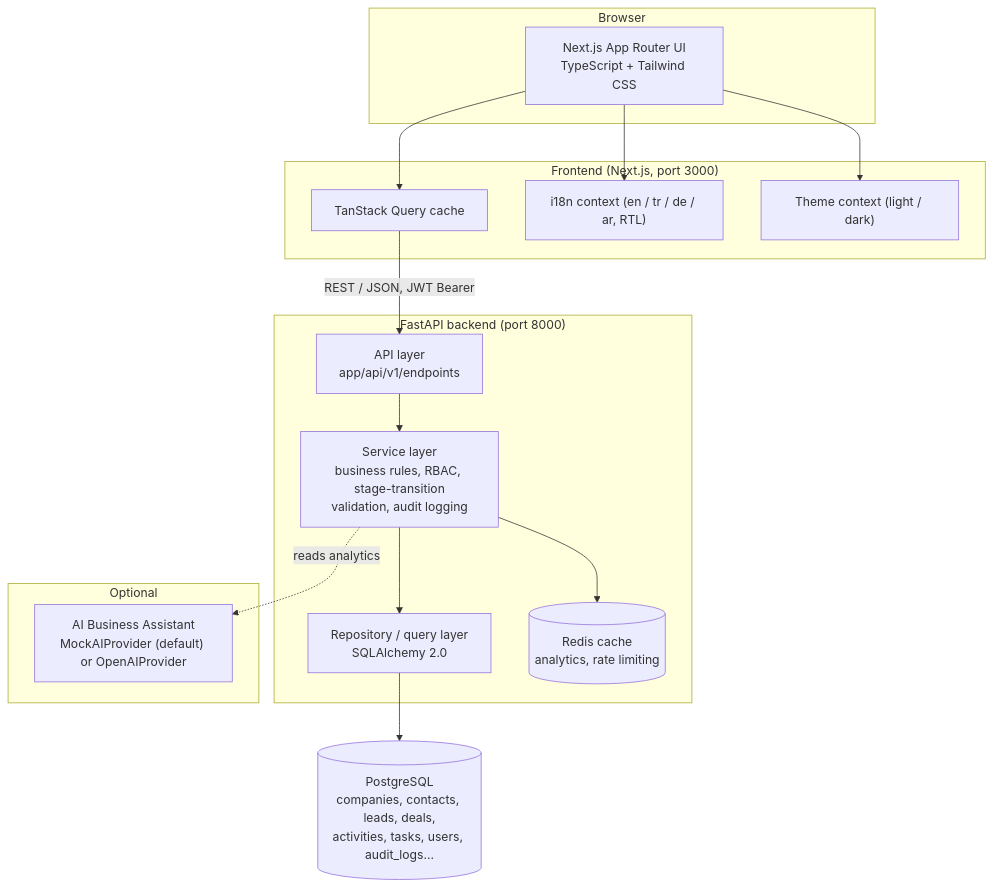
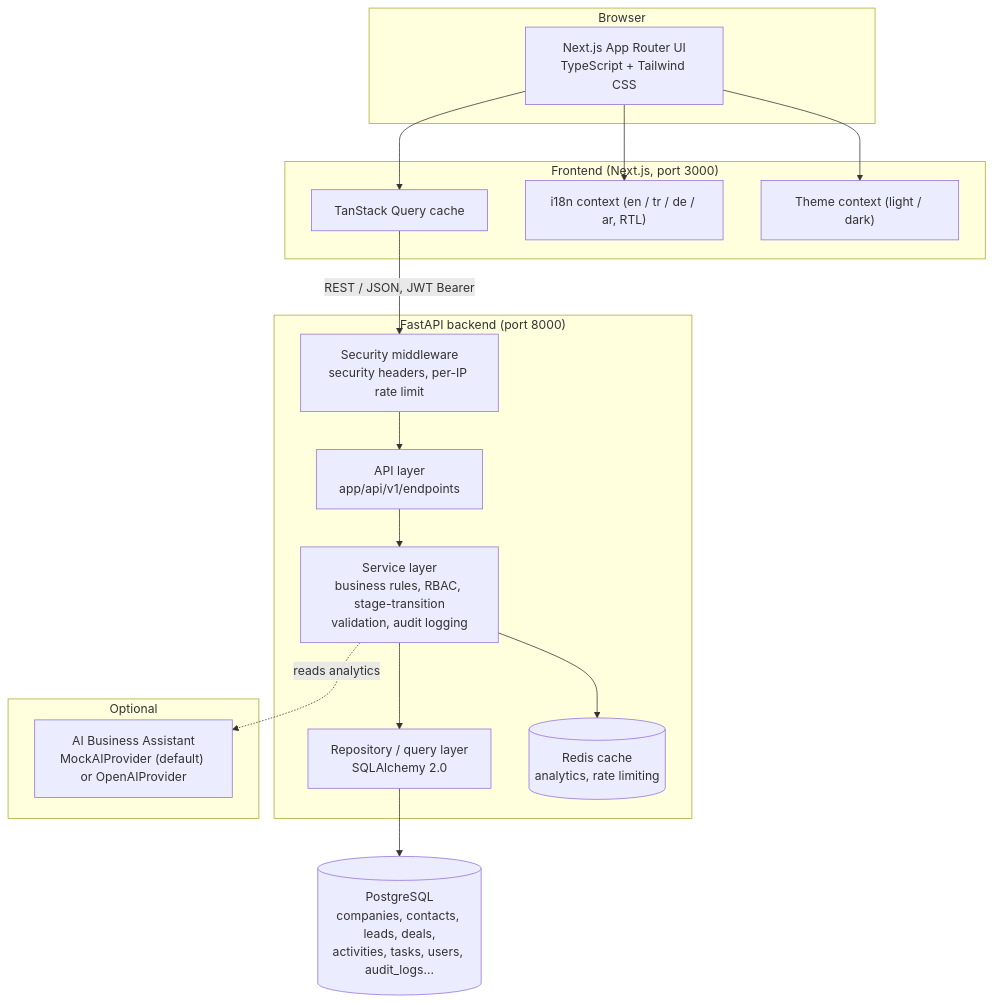
The first of 3 diagrams in README.md (Bedirhanelcik/salescore), drawn with Mermaid before and after one commit. The commit also changed other lines of this file and 77 other files, not shown here.

````diff
--- a/README.md
+++ b/README.md
@@ -51,29 +65,30 @@
 ```mermaid
 flowchart TD
     subgraph Client["Browser"]
         UI["Next.js App Router UI\nTypeScript + Tailwind CSS"]
     end
 
     subgraph Frontend["Frontend (Next.js, port 3000)"]
         UI --> RQ["TanStack Query cache"]
         UI --> I18N["i18n context (en / tr / de / ar, RTL)"]
         UI --> Theme["Theme context (light / dark)"]
     end
 
-    RQ -- "REST / JSON, JWT Bearer" --> API
+    RQ -- "REST / JSON, JWT Bearer" --> MW
 
     subgraph Backend["FastAPI backend (port 8000)"]
+        MW["Security middleware\nsecurity headers, per-IP rate limit"]
         API["API layer\napp/api/v1/endpoints"]
         SVC["Service layer\nbusiness rules, RBAC, stage-transition\nvalidation, audit logging"]
         REPO["Repository / query layer\nSQLAlchemy 2.0"]
-        API --> SVC --> REPO
+        MW --> API --> SVC --> REPO
         SVC --> CACHE[("Redis cache\nanalytics, rate limiting")]
     end
 
     REPO --> DB[("PostgreSQL\ncompanies, contacts, leads, deals,\nactivities, tasks, users, audit_logs...")]
 
     subgraph Workers["Optional"]
         AI["AI Business Assistant\nMockAIProvider (default) or OpenAIProvider"]
     end
     SVC -. reads analytics .-> AI
 ```
````
